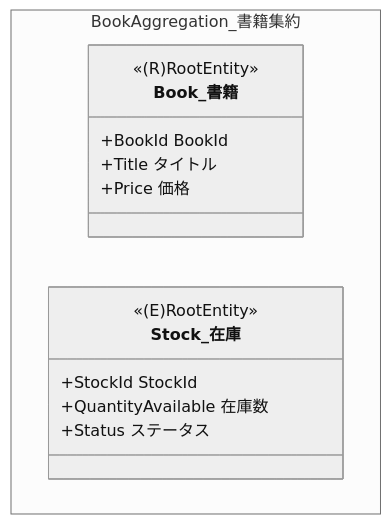
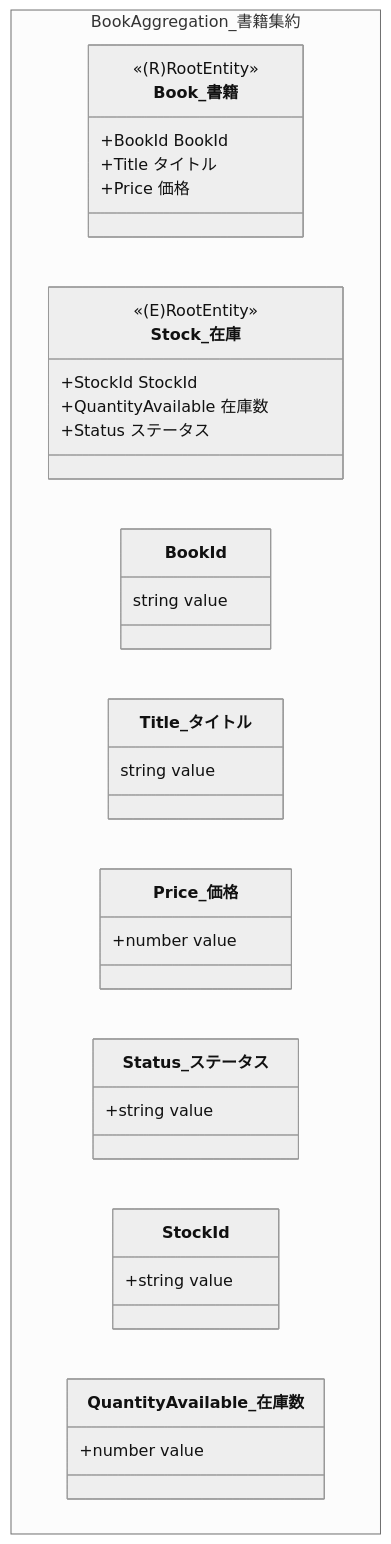
One commit to 44103/domain-driven-design changed the diagram in StockManagement/Domain/models/Book/Book.md. Above: the diagram before and after it, drawn with Mermaid.

Commit message:
docs: define attributes

````diff
--- a/StockManagement/Domain/models/Book/Book.md
+++ b/StockManagement/Domain/models/Book/Book.md
@@ -3,21 +3,46 @@
 ```mermaid
 %%{init:{'theme':'neutral'}}%%
 
 classDiagram
 namespace BookAggregation_書籍集約 {
     %% 1. エンティティの定義
     class Book_書籍 {
         <<(R)RootEntity>>
         +BookId BookId
         +Title タイトル
         +Price 価格
     }
 
     class Stock_在庫 {
         <<(E)RootEntity>>
         +StockId StockId
         +QuantityAvailable 在庫数
         +Status ステータス
     }
+
+    %% 2. 属性の定義
+    class BookId {
+        string value
+    }
+
+    class Title_タイトル {
+        string value
+    }
+
+    class Price_価格 {
+        +number value
+    }
+
+    class Status_ステータス {
+        +string value
+    }
+
+    class StockId {
+        +string value
+    }
+
+    class QuantityAvailable_在庫数 {
+        +number value
+    }
 }
 ```
````
